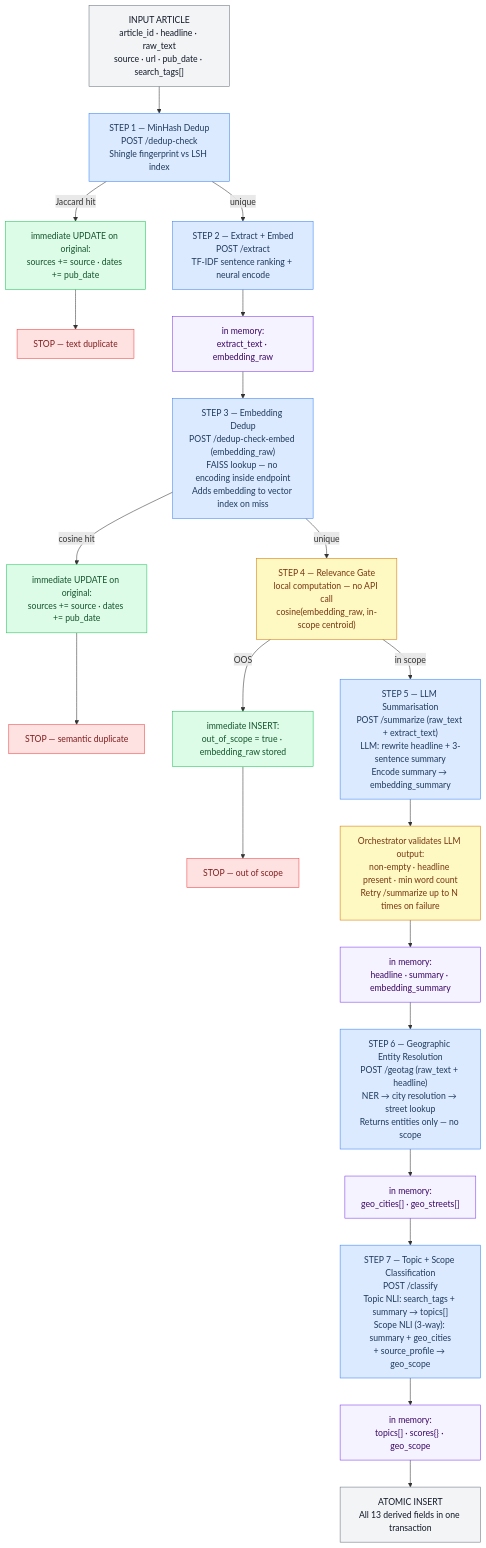
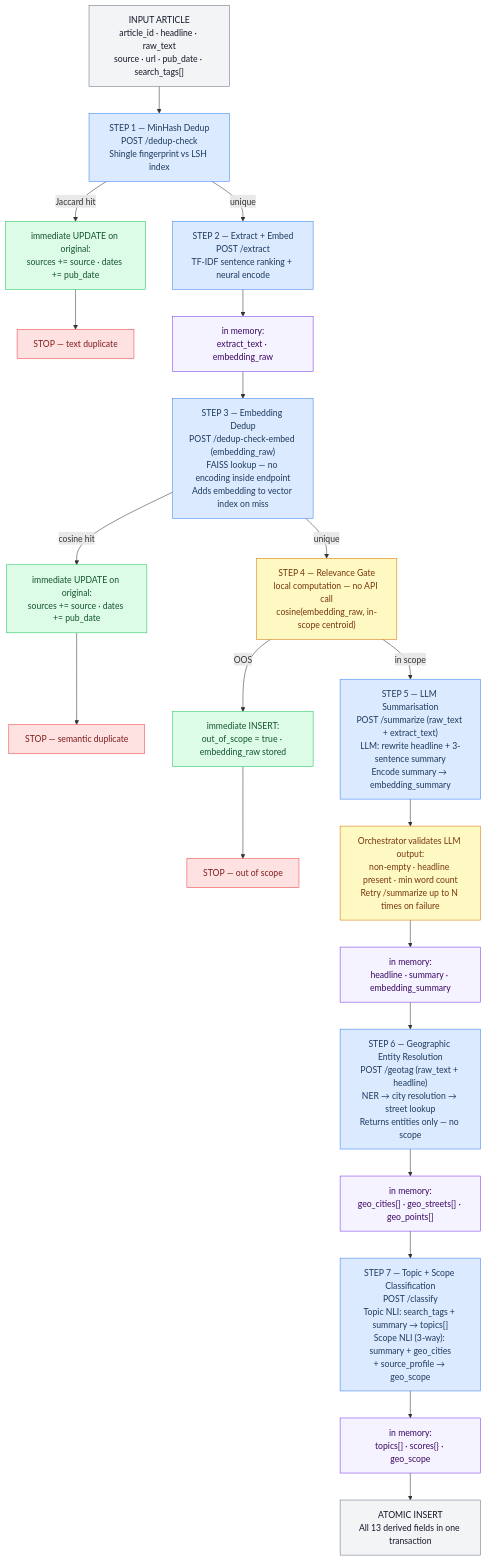
Before and after one commit to alvarodelser/nlp_service: the second of 2 diagrams in SEMINAR_REPORT.md, drawn with Mermaid. The commit also changed other lines of this file and 3 other files, not shown here.

First line of the commit message:
Restore geo_points: keep unresolved spans as lat/lon for map plotting

````diff
--- a/SEMINAR_REPORT.md
+++ b/SEMINAR_REPORT.md
@@ -179,46 +179,46 @@
 ```mermaid
 flowchart TD
   classDef step fill:#dbeafe,stroke:#3b82f6,color:#1e3a5f
   classDef writes fill:#dcfce7,stroke:#22c55e,color:#14532d
   classDef stop fill:#fee2e2,stroke:#ef4444,color:#7f1d1d
   classDef gate fill:#fef9c3,stroke:#d97706,color:#78350f
   classDef io fill:#f3f4f6,stroke:#6b7280,color:#111827
   classDef mem fill:#f5f3ff,stroke:#7c3aed,color:#3b0764
 
   INPUT["INPUT ARTICLE\narticle_id · headline · raw_text\nsource · url · pub_date · search_tags[]"]:::io
 
   S1["STEP 1 — MinHash Dedup\nPOST /dedup-check\nShingle fingerprint vs LSH index"]:::step
   W1["immediate UPDATE on original:\nsources += source · dates += pub_date"]:::writes
   STOP1["STOP — text duplicate"]:::stop
 
   S2["STEP 2 — Extract + Embed\nPOST /extract\nTF-IDF sentence ranking + neural encode"]:::step
   MEM2["in memory:\nextract_text · embedding_raw"]:::mem
 
   S3["STEP 3 — Embedding Dedup\nPOST /dedup-check-embed (embedding_raw)\nFAISS lookup — no encoding inside endpoint\nAdds embedding to vector index on miss"]:::step
   W3["immediate UPDATE on original:\nsources += source · dates += pub_date"]:::writes
   STOP3["STOP — semantic duplicate"]:::stop
 
   GATE["STEP 4 — Relevance Gate\nlocal computation — no API call\ncosine(embedding_raw, in-scope centroid)"]:::gate
   W4["immediate INSERT:\nout_of_scope = true · embedding_raw stored"]:::writes
   STOP4["STOP — out of scope"]:::stop
 
   S5["STEP 5 — LLM Summarisation\nPOST /summarize (raw_text + extract_text)\nLLM: rewrite headline + 3-sentence summary\nEncode summary → embedding_summary"]:::step
   VAL["Orchestrator validates LLM output:\nnon-empty · headline present · min word count\nRetry /summarize up to N times on failure"]:::gate
   MEM5["in memory:\nheadline · summary · embedding_summary"]:::mem
 
   S6["STEP 6 — Geographic Entity Resolution\nPOST /geotag (raw_text + headline)\nNER → city resolution → street lookup\nReturns entities only — no scope"]:::step
-  MEM6["in memory:\ngeo_cities[] · geo_streets[]"]:::mem
+  MEM6["in memory:\ngeo_cities[] · geo_streets[] · geo_points[]"]:::mem
 
   S7["STEP 7 — Topic + Scope Classification\nPOST /classify\nTopic NLI: search_tags + summary → topics[]\nScope NLI (3-way): summary + geo_cities\n+ source_profile → geo_scope"]:::step
   MEM7["in memory:\ntopics[] · scores{} · geo_scope"]:::mem
 
   DONE["ATOMIC INSERT\nAll 13 derived fields in one transaction"]:::io
 
   INPUT --> S1
   S1 -->|"Jaccard hit"| W1 --> STOP1
   S1 -->|"unique"| S2 --> MEM2 --> S3
   S3 -->|"cosine hit"| W3 --> STOP3
   S3 -->|"unique"| GATE
   GATE -->|"OOS"| W4 --> STOP4
   GATE -->|"in scope"| S5 --> VAL --> MEM5 --> S6 --> MEM6 --> S7 --> MEM7 --> DONE
 ```
````
